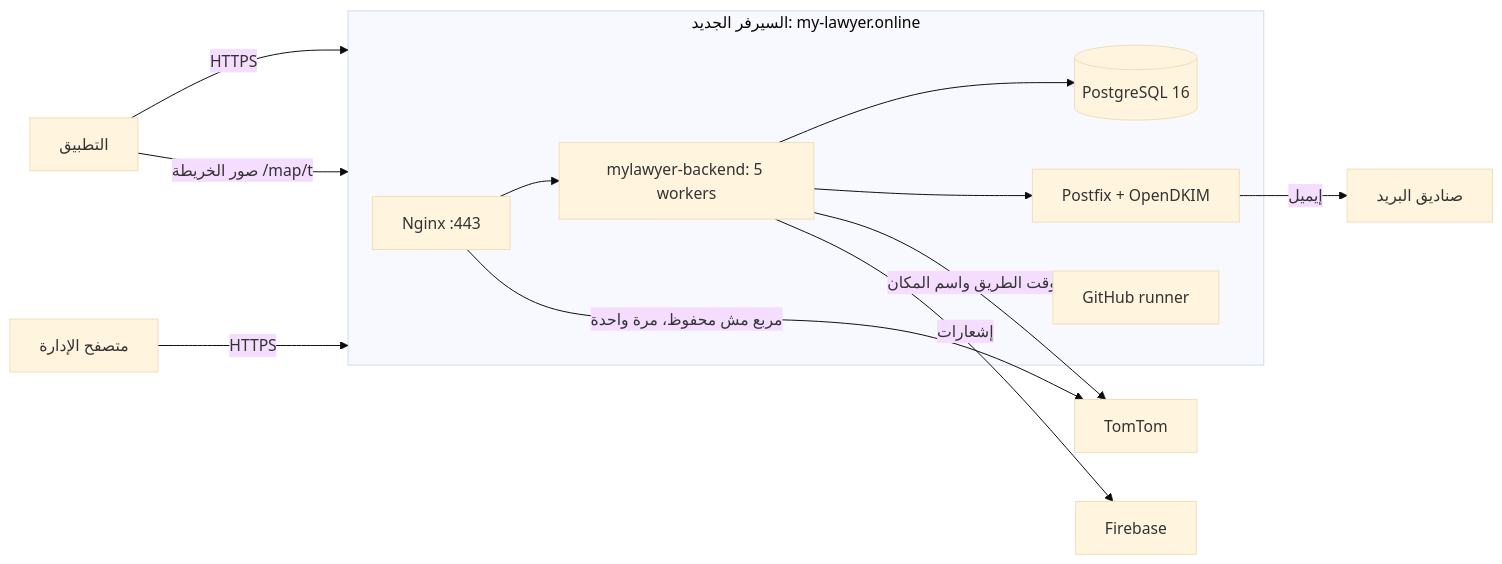
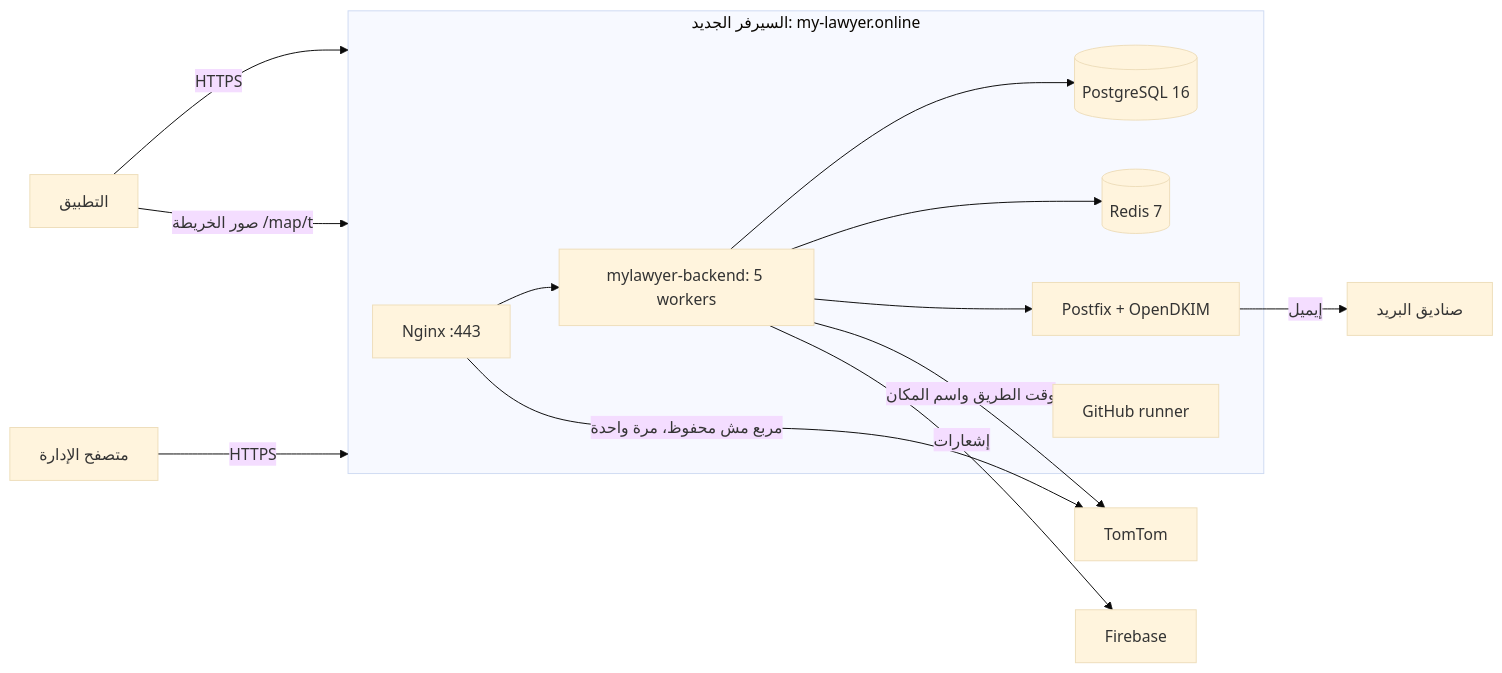
One commit to same7samy00/MyLawyer- changed the diagram in docs/SERVER_ARCHITECTURE.md. Above: the diagram before and after it, drawn with Mermaid (base theme). The commit also changed other lines of this file and 2 other files, not shown here.

Commit message:
docs: Redis on the main server holds request limits, sign-in guesses and live positions

````diff
--- a/docs/SERVER_ARCHITECTURE.md
+++ b/docs/SERVER_ARCHITECTURE.md
@@ -6,16 +6,17 @@
 ```mermaid
 flowchart LR
   Phone[التطبيق] -- HTTPS --> API
   Admin[متصفح الإدارة] -- HTTPS --> API
   Phone -- صور الخريطة /map/t --> API
   subgraph API[السيرفر الجديد: my-lawyer.online]
     N1[Nginx :443] --> B[mylawyer-backend: 5 workers]
     B --> PG[(PostgreSQL 16)]
+    B --> RD[(Redis 7)]
     B --> PF[Postfix + OpenDKIM]
     R[GitHub runner]
   end
   N1 -- مربع مش محفوظ، مرة واحدة --> TT[TomTom]
   B -- وقت الطريق واسم المكان --> TT
   B -- إشعارات --> FCM[Firebase]
   PF -- إيميل --> Mail[صناديق البريد]
 ```
````
